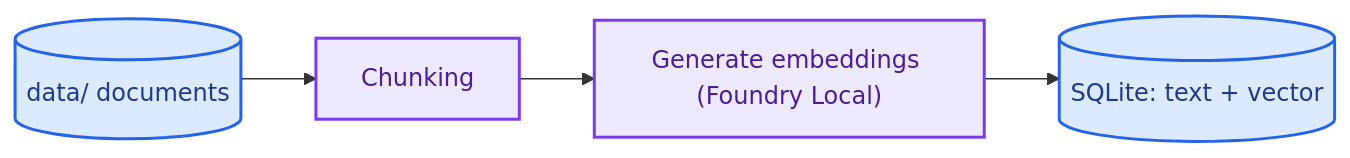
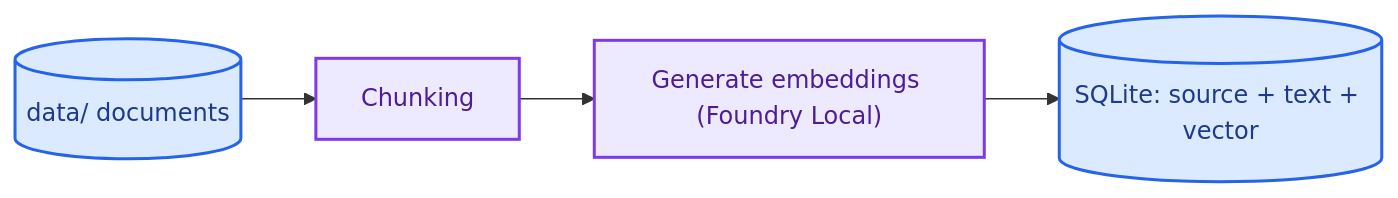
The first of 2 diagrams in docs/architecture.md (bilgenurpala/local-rag-assistant), drawn with Mermaid before and after one commit. The commit also changed other lines of this file and 19 other files, not shown here.

````diff
--- a/docs/architecture.md
+++ b/docs/architecture.md
@@ -54,11 +54,11 @@
 ```mermaid
 flowchart LR
     D[("data/ documents")] --> C["Chunking"]
     C --> E["Generate embeddings (Foundry Local)"]
-    E --> DB[("SQLite: text + vector")]
+    E --> DB[("SQLite: source + text + vector")]
 
     classDef store fill:#dbeafe,stroke:#2563eb,stroke-width:2px,color:#1e3a8a
     classDef process fill:#ede9fe,stroke:#7c3aed,stroke-width:2px,color:#4c1d95
     class D,DB store
     class C,E process
 ```
````
